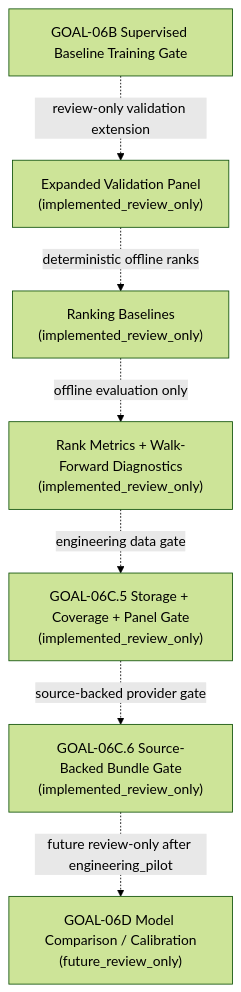
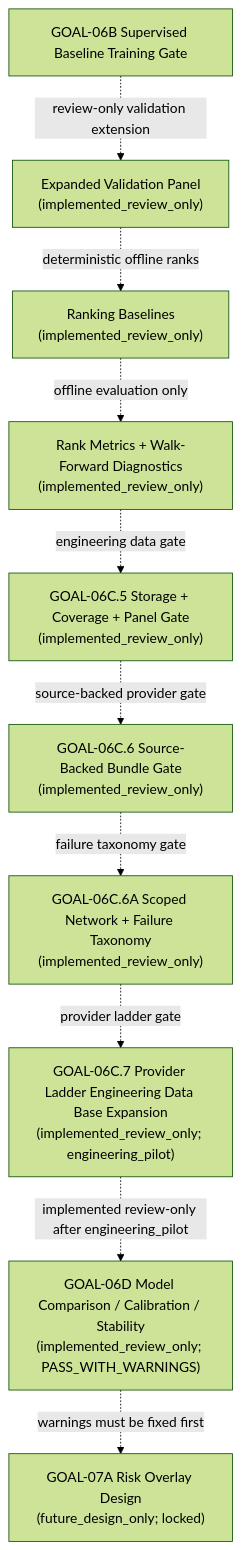
Before and after one commit to RyanLu0203/A_share_premarket_core: the second of 3 diagrams in docs/architecture/ACTIVE_WORKFLOW_THROUGH_GOAL06B.md, drawn with Mermaid (forest theme). The commit also changed other lines of this file and 75 other files, not shown here.

Commit message:
Add GOAL-06D review-only model comparison gate

````diff
--- a/docs/architecture/ACTIVE_WORKFLOW_THROUGH_GOAL06B.md
+++ b/docs/architecture/ACTIVE_WORKFLOW_THROUGH_GOAL06B.md
@@ -29,9 +29,12 @@
 ```mermaid
 flowchart TD
     A["GOAL-06B Supervised Baseline Training Gate"] -. "review-only validation extension" .-> B["Expanded Validation Panel<br/>(implemented_review_only)"]
     B -. "deterministic offline ranks" .-> C["Ranking Baselines<br/>(implemented_review_only)"]
     C -. "offline evaluation only" .-> D["Rank Metrics + Walk-Forward Diagnostics<br/>(implemented_review_only)"]
     D -. "engineering data gate" .-> E["GOAL-06C.5 Storage + Coverage + Panel Gate<br/>(implemented_review_only)"]
     E -. "source-backed provider gate" .-> F["GOAL-06C.6 Source-Backed Bundle Gate<br/>(implemented_review_only)"]
-    F -. "future review-only after engineering_pilot" .-> G["GOAL-06D Model Comparison / Calibration<br/>(future_review_only)"]
+    F -. "failure taxonomy gate" .-> G["GOAL-06C.6A Scoped Network + Failure Taxonomy<br/>(implemented_review_only)"]
+    G -. "provider ladder gate" .-> H["GOAL-06C.7 Provider Ladder Engineering Data Base Expansion<br/>(implemented_review_only; engineering_pilot)"]
+    H -. "implemented review-only after engineering_pilot" .-> I["GOAL-06D Model Comparison / Calibration / Stability<br/>(implemented_review_only; PASS_WITH_WARNINGS)"]
+    I -. "warnings must be fixed first" .-> J["GOAL-07A Risk Overlay Design<br/>(future_design_only; locked)"]
 ```
````
